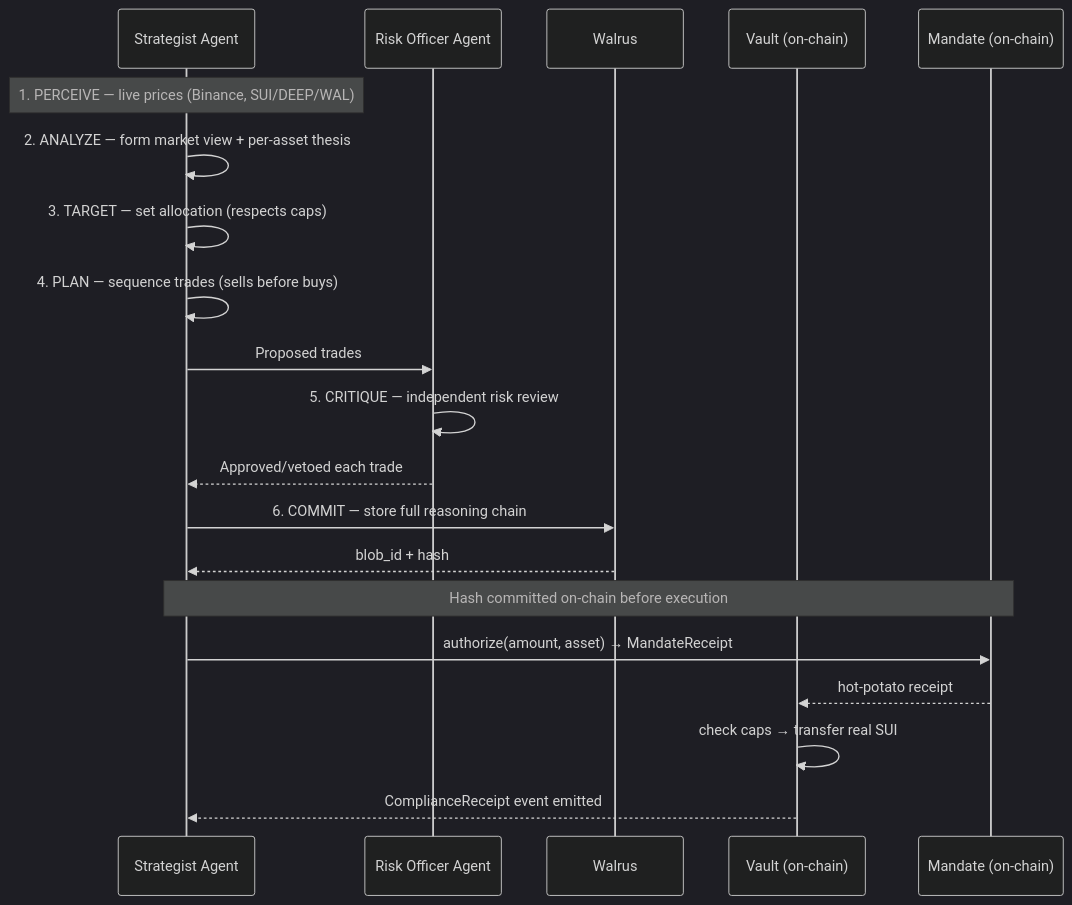
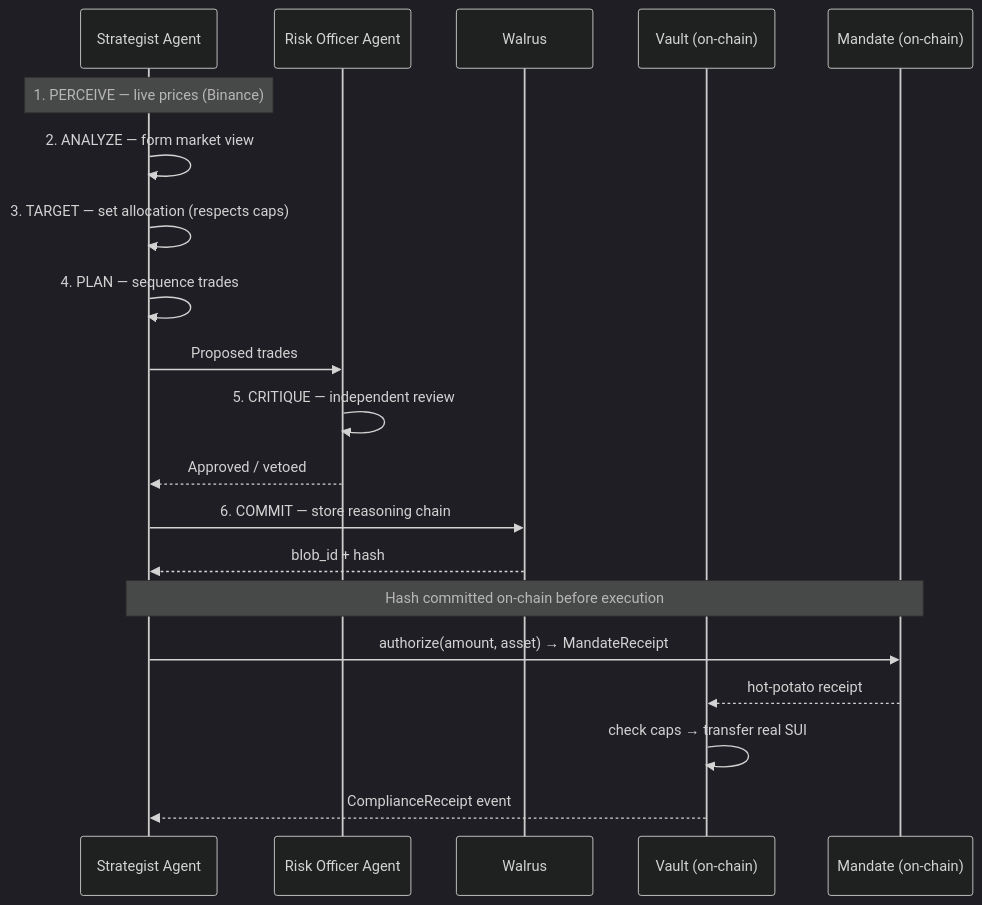
One commit to Nidhicodes/Mandate-Sui changed the third of 3 diagrams in README.md. Above: the diagram before and after it, drawn with Mermaid (dark theme). The commit also changed other lines of this file, not shown here.

````diff
--- a/README.md
+++ b/README.md
@@ -104,23 +137,23 @@
 ```mermaid
 sequenceDiagram
     participant S as Strategist Agent
     participant R as Risk Officer Agent
     participant W as Walrus
     participant V as Vault (on-chain)
     participant M as Mandate (on-chain)
 
-    Note over S: 1. PERCEIVE — live prices (Binance, SUI/DEEP/WAL)
-    S->>S: 2. ANALYZE — form market view + per-asset thesis
+    Note over S: 1. PERCEIVE — live prices (Binance)
+    S->>S: 2. ANALYZE — form market view
     S->>S: 3. TARGET — set allocation (respects caps)
-    S->>S: 4. PLAN — sequence trades (sells before buys)
+    S->>S: 4. PLAN — sequence trades
     S->>R: Proposed trades
-    R->>R: 5. CRITIQUE — independent risk review
-    R-->>S: Approved/vetoed each trade
-    S->>W: 6. COMMIT — store full reasoning chain
+    R->>R: 5. CRITIQUE — independent review
+    R-->>S: Approved / vetoed
+    S->>W: 6. COMMIT — store reasoning chain
     W-->>S: blob_id + hash
     Note over S,M: Hash committed on-chain before execution
     S->>M: authorize(amount, asset) → MandateReceipt
     M-->>V: hot-potato receipt
     V->>V: check caps → transfer real SUI
-    V-->>S: ComplianceReceipt event emitted
+    V-->>S: ComplianceReceipt event
 ```
````
